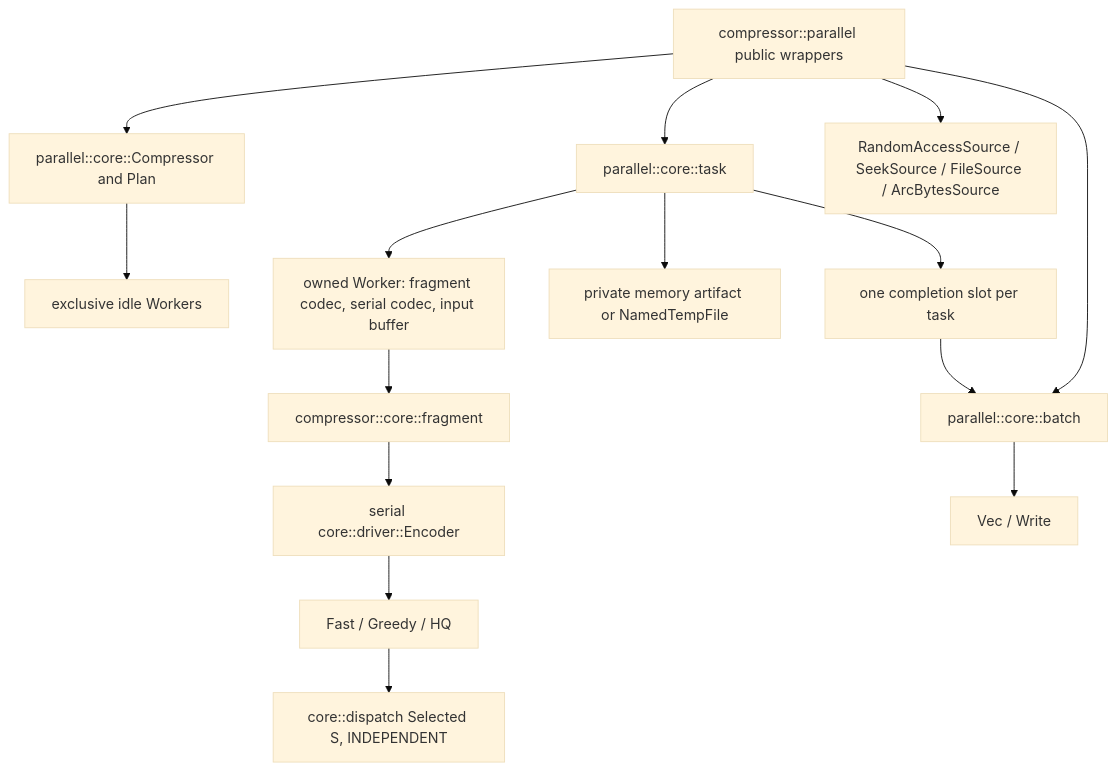
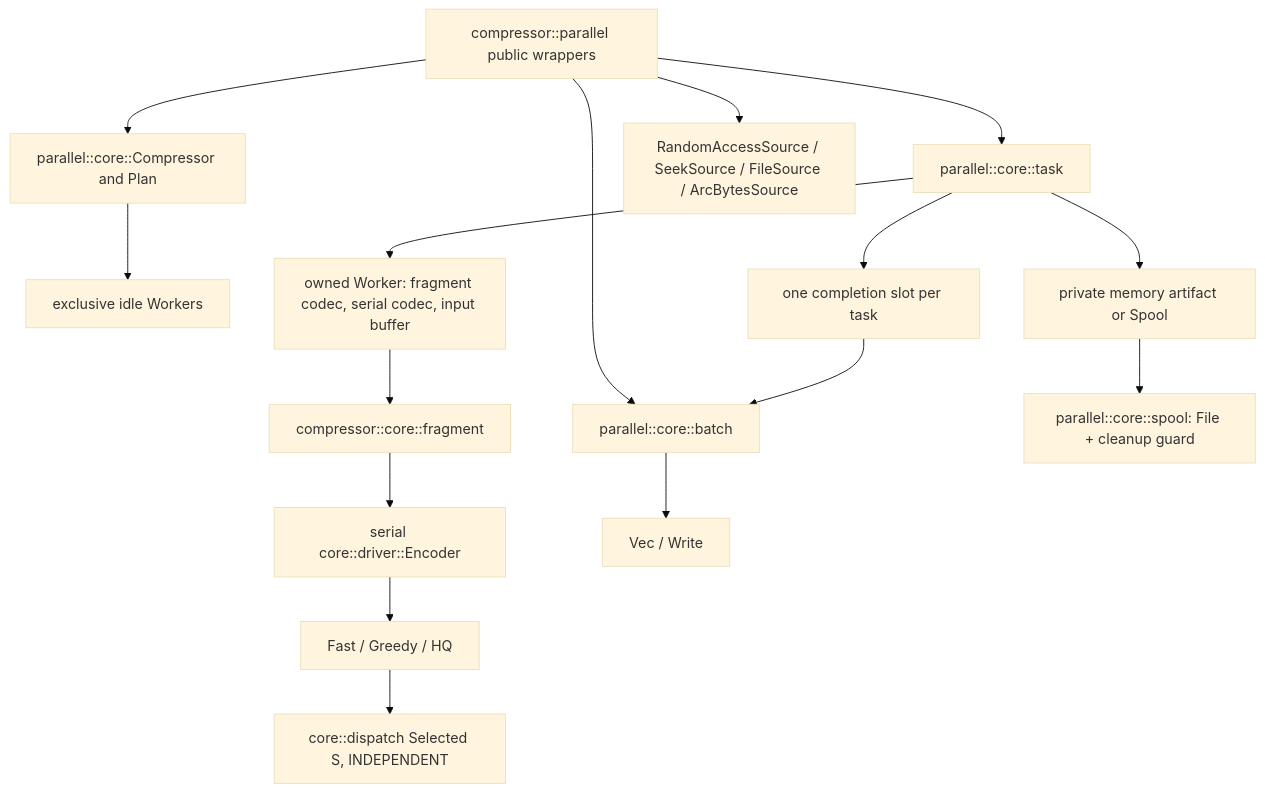
The first of 6 diagrams in architecture/parallel-compression.md (Mnwa/mbrotli), drawn with Mermaid (base theme) before and after one commit. The commit also changed other lines of this file and 6 other files, not shown here.

````diff
--- a/architecture/parallel-compression.md
+++ b/architecture/parallel-compression.md
@@ -27,17 +29,18 @@
 ```mermaid
 graph TD
     Public[compressor::parallel public wrappers] --> Planner[parallel::core::Compressor and Plan]
     Public --> Batch[parallel::core::batch]
     Public --> Task[parallel::core::task]
     Public --> Source[RandomAccessSource / SeekSource / FileSource / ArcBytesSource]
     Planner --> Reservoir[exclusive idle Workers]
     Task --> Worker[owned Worker: fragment codec, serial codec, input buffer]
     Worker --> Fragment[compressor::core::fragment]
     Fragment --> Driver[serial core::driver::Encoder]
     Driver --> Families[Fast / Greedy / HQ]
     Families --> Dispatch[core::dispatch Selected S, INDEPENDENT]
-    Task --> Artifact[private memory artifact or NamedTempFile]
+    Task --> Artifact[private memory artifact or Spool]
+    Artifact --> Spool[parallel::core::spool: File + cleanup guard]
     Task --> Slot[one completion slot per task]
     Slot --> Batch
     Batch --> Destination[Vec / Write]
 ```
````
